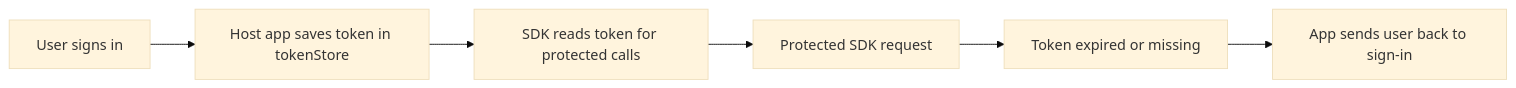
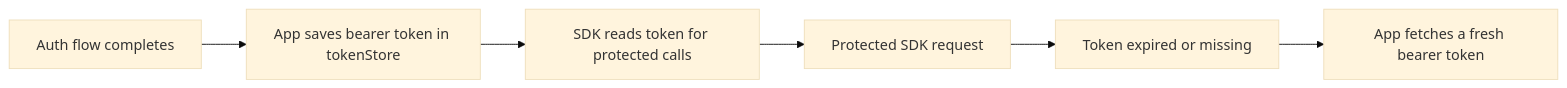
Before and after one commit to grandmastr/mtn-drive-sdk-docs: the second of 3 diagrams in sdk/concepts.md, drawn with Mermaid (base theme). The commit also changed other lines of this file and 22 other files, not shown here.

````diff
--- a/sdk/concepts.md
+++ b/sdk/concepts.md
@@ -48,8 +48,8 @@
 ```mermaid
 flowchart LR
-  A["User signs in"] --> B["Host app saves token in tokenStore"]
+  A["Auth flow completes"] --> B["App saves bearer token in tokenStore"]
   B --> C["SDK reads token for protected calls"]
   C --> D["Protected SDK request"]
   D --> E["Token expired or missing"]
-  E --> F["App sends user back to sign-in"]
+  E --> F["App fetches a fresh bearer token"]
 ```
````
